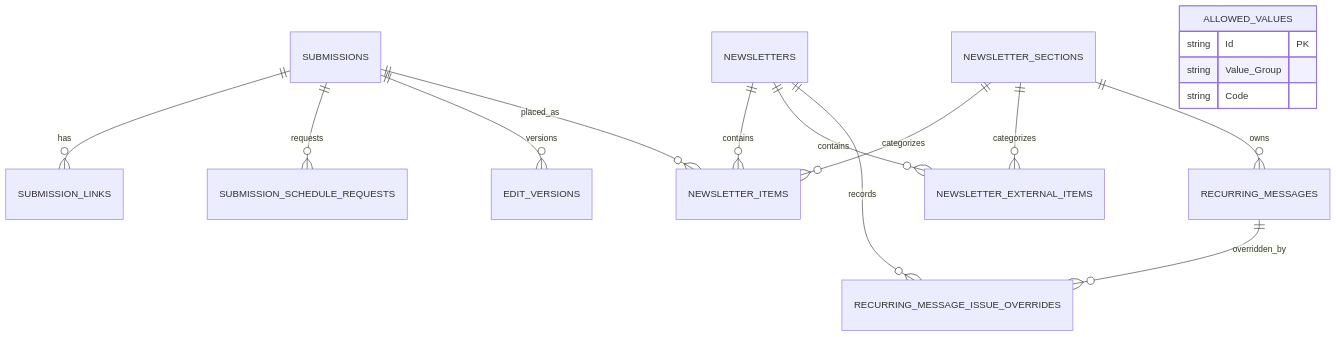
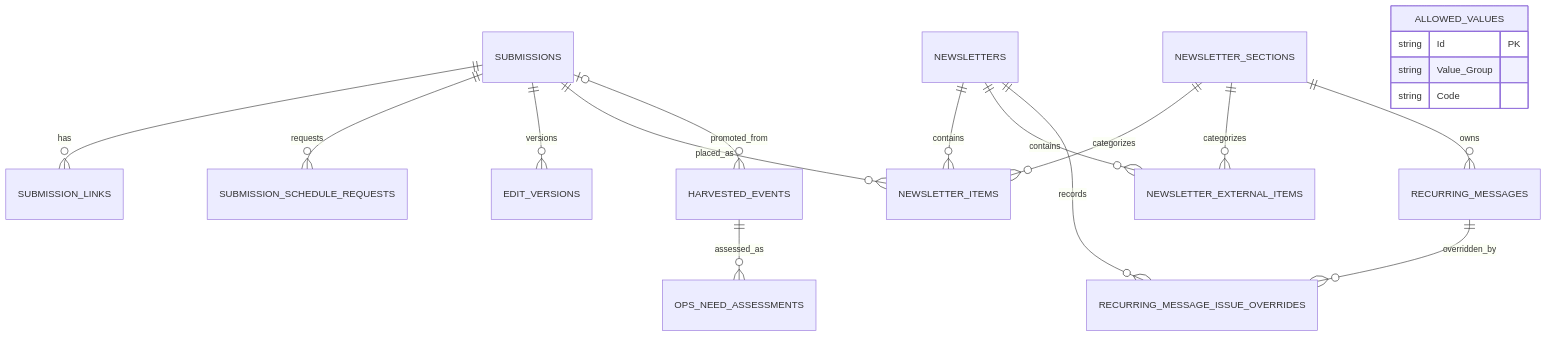
The diagram in docs/data-model.md (ui-insight/UCMDailyRegister), drawn with Mermaid before and after one commit. The commit also changed other lines of this file and 58 other files, not shown here.

````diff
--- a/docs/data-model.md
+++ b/docs/data-model.md
@@ -45,22 +48,25 @@
 ```mermaid
 erDiagram
     SUBMISSIONS ||--o{ SUBMISSION_LINKS : has
     SUBMISSIONS ||--o{ SUBMISSION_SCHEDULE_REQUESTS : requests
     SUBMISSIONS ||--o{ EDIT_VERSIONS : versions
     SUBMISSIONS ||--o{ NEWSLETTER_ITEMS : placed_as
 
     NEWSLETTERS ||--o{ NEWSLETTER_ITEMS : contains
     NEWSLETTERS ||--o{ NEWSLETTER_EXTERNAL_ITEMS : contains
     NEWSLETTER_SECTIONS ||--o{ NEWSLETTER_ITEMS : categorizes
     NEWSLETTER_SECTIONS ||--o{ NEWSLETTER_EXTERNAL_ITEMS : categorizes
 
     NEWSLETTER_SECTIONS ||--o{ RECURRING_MESSAGES : owns
     RECURRING_MESSAGES ||--o{ RECURRING_MESSAGE_ISSUE_OVERRIDES : overridden_by
     NEWSLETTERS ||--o{ RECURRING_MESSAGE_ISSUE_OVERRIDES : records
 
+    HARVESTED_EVENTS ||--o{ OPS_NEED_ASSESSMENTS : assessed_as
+    SUBMISSIONS |o--o{ HARVESTED_EVENTS : promoted_from
+
     ALLOWED_VALUES {
         string Id PK
         string Value_Group
         string Code
     }
 ```
````
